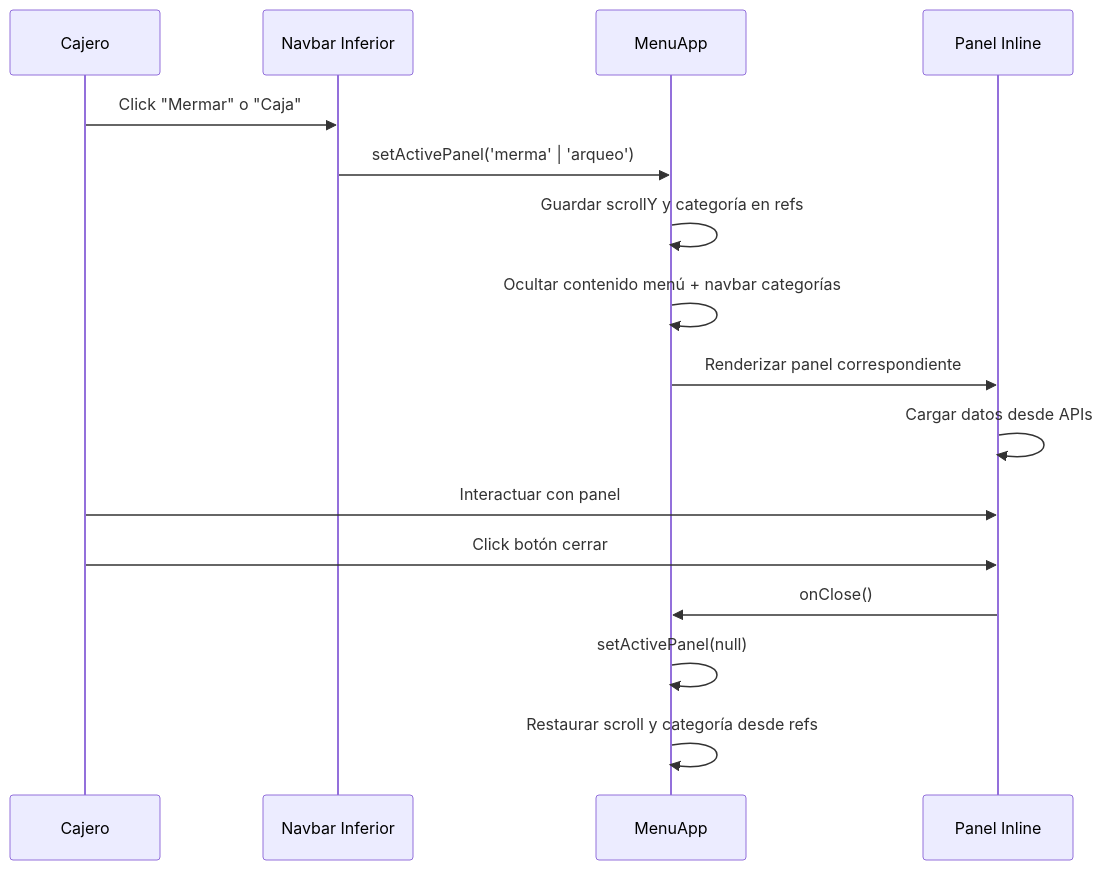
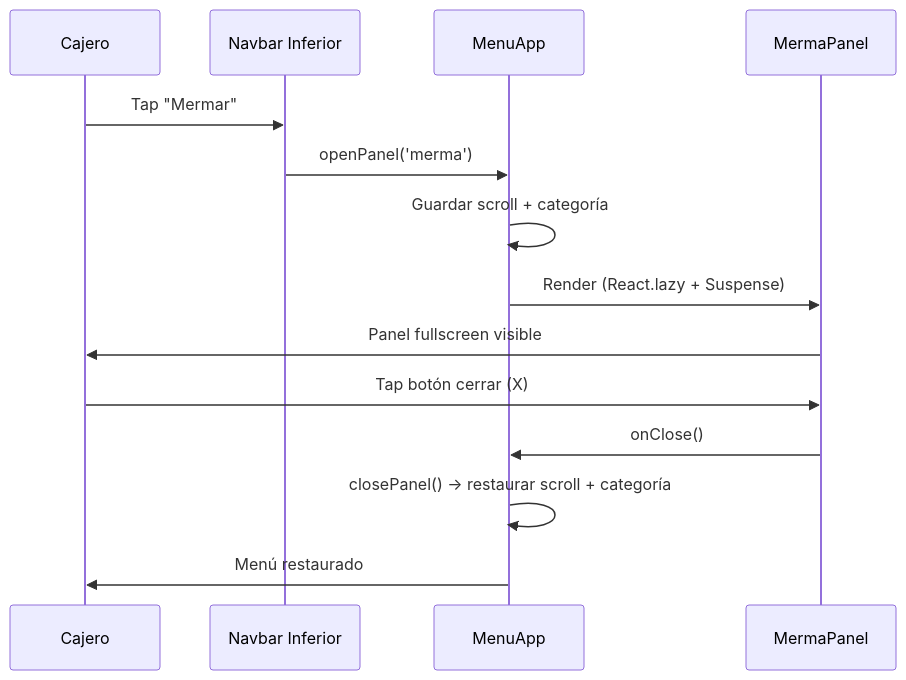
The second of 3 diagrams in .kiro/specs/caja3-inline-merma-arqueo/design.md (Ricardohuiscaleo/laruta11_3), drawn with Mermaid before and after one commit. The commit also changed other lines of this file and 2 other files, not shown here.

Commit message:
feat(caja3): rediseño MermaPanel — header rojo, 3 pasos, motivos grid 3x4, cantidad inline, highlight amarillo

````diff
--- a/.kiro/specs/caja3-inline-merma-arqueo/design.md
+++ b/.kiro/specs/caja3-inline-merma-arqueo/design.md
@@ -71,19 +32,18 @@
 ```mermaid
 sequenceDiagram
     participant C as Cajero
-    participant N as Navbar Inferior
-    participant M as MenuApp
-    participant P as Panel Inline
-
-    C->>N: Click "Mermar" o "Caja"
-    N->>M: setActivePanel('merma' | 'arqueo')
-    M->>M: Guardar scrollY y categoría en refs
-    M->>M: Ocultar contenido menú + navbar categorías
-    M->>P: Renderizar panel correspondiente
-    P->>P: Cargar datos desde APIs
-    C->>P: Interactuar con panel
-    C->>P: Click botón cerrar
-    P->>M: onClose()
-    M->>M: setActivePanel(null)
-    M->>M: Restaurar scroll y categoría desde refs
+    participant NB as Navbar Inferior
+    participant MA as MenuApp
+    participant MP as MermaPanel
+    
+    C->>NB: Tap "Mermar"
+    NB->>MA: openPanel('merma')
+    MA->>MA: Guardar scroll + categoría
+    MA->>MP: Render (React.lazy + Suspense)
+    MP->>C: Panel fullscreen visible
+    
+    C->>MP: Tap botón cerrar (X)
+    MP->>MA: onClose()
+    MA->>MA: closePanel() → restaurar scroll + categoría
+    MA->>C: Menú restaurado
 ```
````
